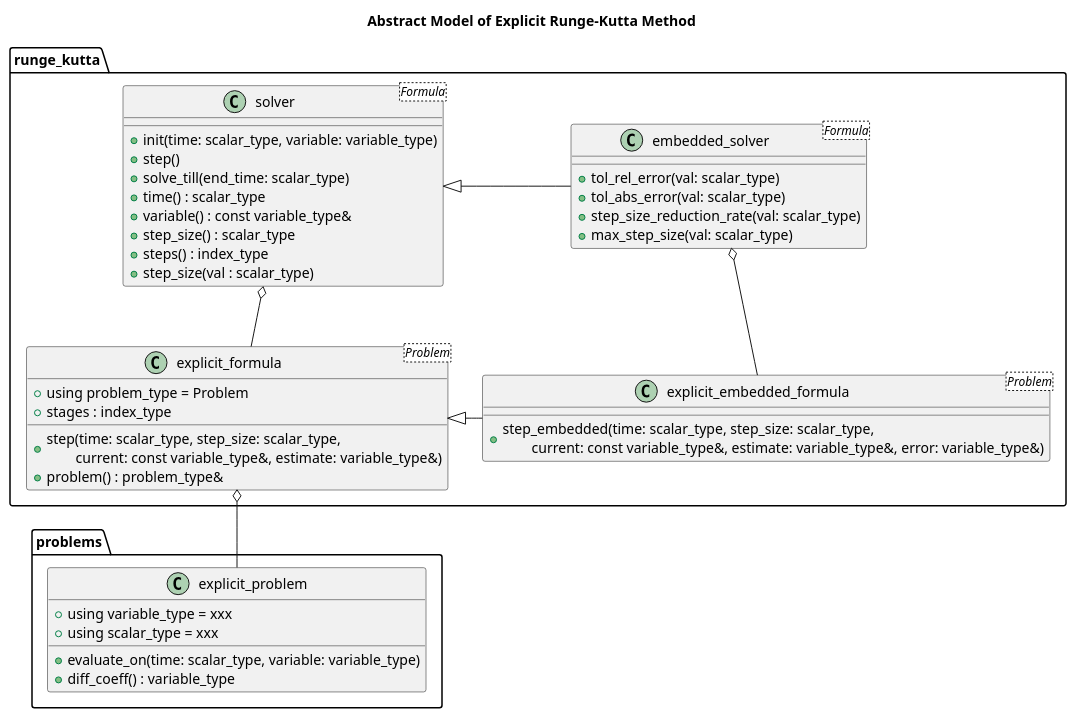
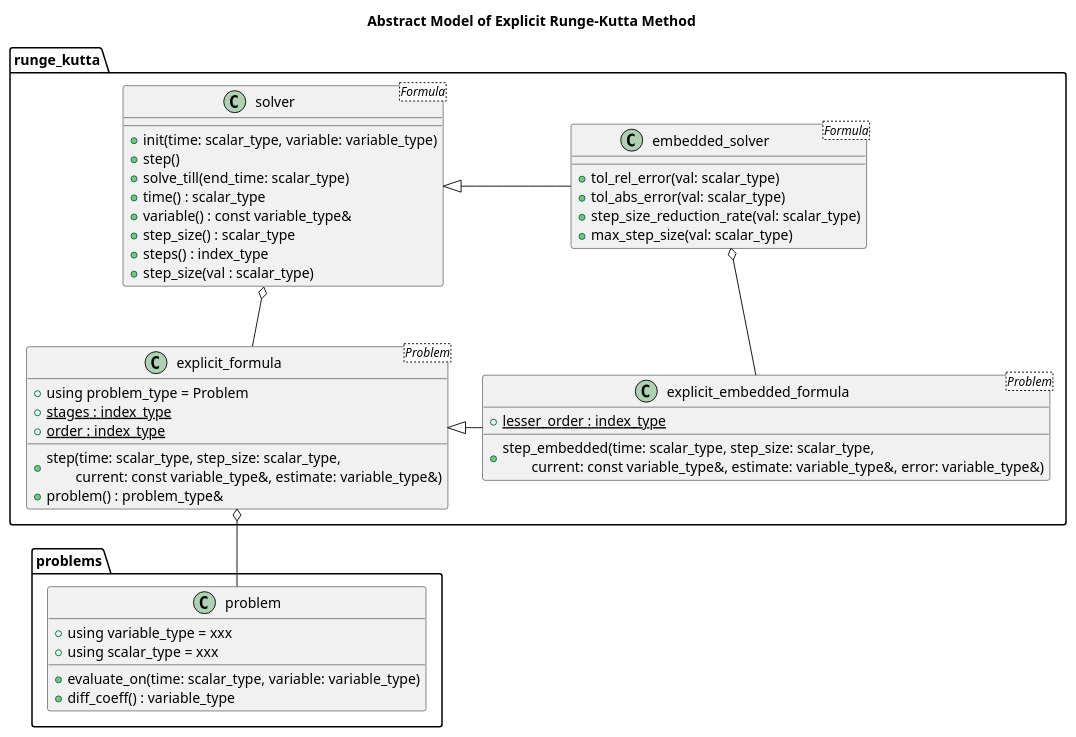
One commit to MusicScience37/numerical-collection-cpp changed the first of 2 diagrams in doc/sphinx/src/basic_design/ode.rst. Above: the diagram before and after it, drawn with PlantUML. The commit also changed other lines of this file, not shown here.

```diff
--- a/doc/sphinx/src/basic_design/ode.rst
+++ b/doc/sphinx/src/basic_design/ode.rst
@@ -16,48 +16,50 @@
 .. uml::
 
     title Abstract Model of Explicit Runge-Kutta Method
 
     package problems {
-        class explicit_problem {
+        class problem {
             + using variable_type = xxx
             + using scalar_type = xxx
             + evaluate_on(time: scalar_type, variable: variable_type)
             + diff_coeff() : variable_type
         }
     }
 
     package runge_kutta {
         class explicit_formula<Problem> {
             + using problem_type = Problem
-            + stages : index_type
+            {static} + stages : index_type
+            {static} + order : index_type
             + step(time: scalar_type, step_size: scalar_type,\n\tcurrent: const variable_type&, estimate: variable_type&)
             + problem() : problem_type&
         }
-        explicit_formula o-- explicit_problem
+        explicit_formula o-- problem
 
         class explicit_embedded_formula<Problem> {
+            {static} + lesser_order : index_type
             + step_embedded(time: scalar_type, step_size: scalar_type,\n\tcurrent: const variable_type&, estimate: variable_type&, error: variable_type&)
         }
         explicit_formula <|- explicit_embedded_formula
 
         class solver<Formula> {
             + init(time: scalar_type, variable: variable_type)
             + step()
             + solve_till(end_time: scalar_type)
             + time() : scalar_type
             + variable() : const variable_type&
             + step_size() : scalar_type
             + steps() : index_type
             + step_size(val : scalar_type)
         }
         solver o-- explicit_formula
 
         class embedded_solver<Formula> {
             + tol_rel_error(val: scalar_type)
             + tol_abs_error(val: scalar_type)
             + step_size_reduction_rate(val: scalar_type)
             + max_step_size(val: scalar_type)
         }
         solver <|- embedded_solver
         embedded_solver o-- explicit_embedded_formula
     }
```
